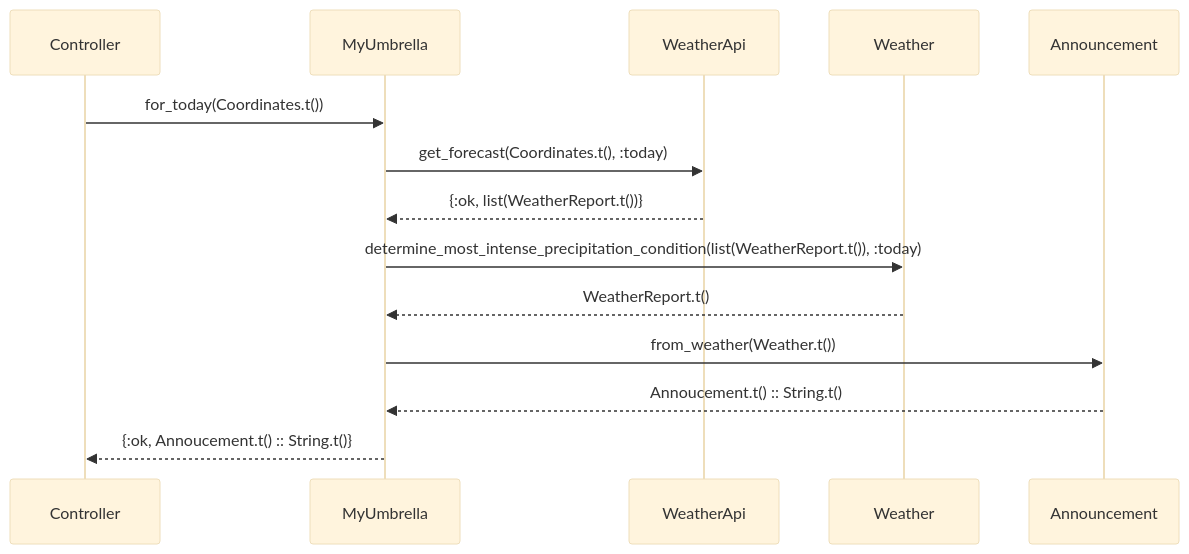
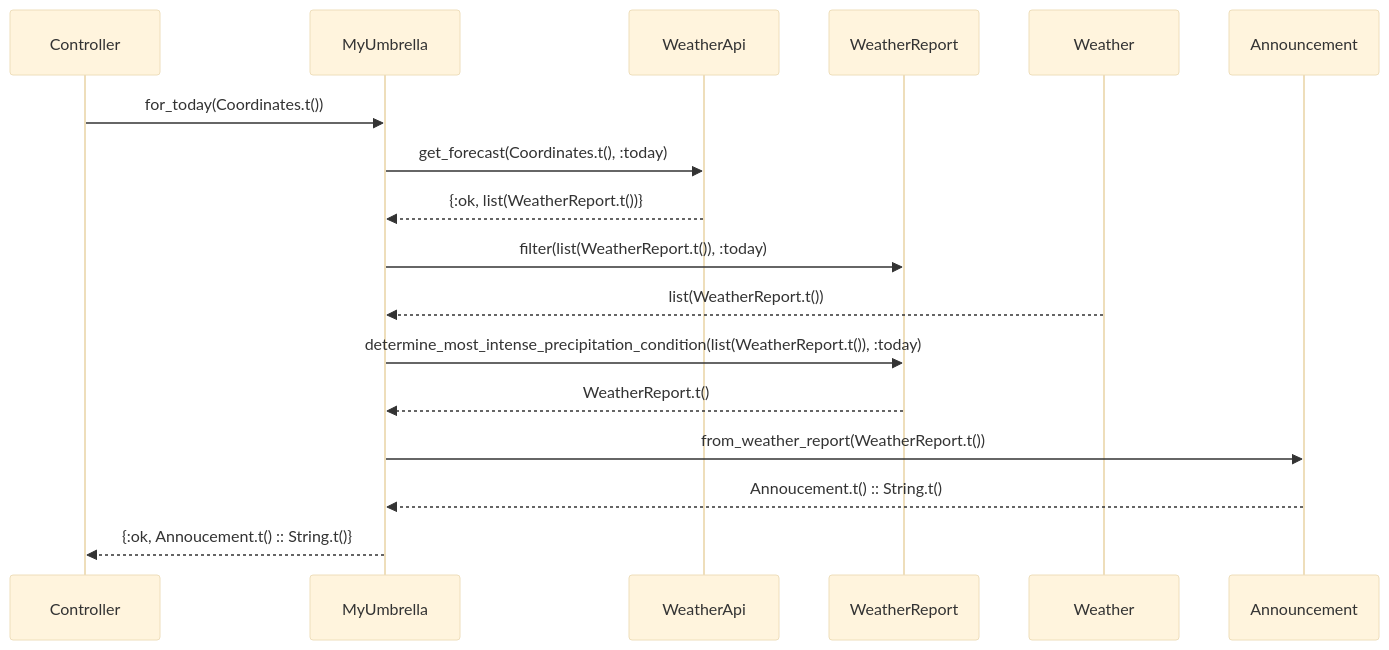
One commit to nicholasjhenry/my-umbrella changed the diagram in README.md. Above: the diagram before and after it, drawn with Mermaid (base theme).

Commit message:
Update sequence diagram

````diff
--- a/README.md
+++ b/README.md
@@ -23,11 +23,13 @@
 ```mermaid
 sequenceDiagram
     Controller->>MyUmbrella: for_today(Coordinates.t())
     MyUmbrella->>WeatherApi: get_forecast(Coordinates.t(), :today)
     WeatherApi-->>MyUmbrella: {:ok, list(WeatherReport.t())}
-    MyUmbrella->>Weather: determine_most_intense_precipitation_condition(list(WeatherReport.t()), :today)
-    Weather-->>MyUmbrella: WeatherReport.t()
-    MyUmbrella->>Announcement: from_weather(Weather.t())
+    MyUmbrella->>WeatherReport: filter(list(WeatherReport.t()), :today)
+    Weather-->>MyUmbrella: list(WeatherReport.t())
+    MyUmbrella->>WeatherReport: determine_most_intense_precipitation_condition(list(WeatherReport.t()), :today)
+    WeatherReport-->>MyUmbrella: WeatherReport.t()
+    MyUmbrella->>Announcement: from_weather_report(WeatherReport.t())
     Announcement-->>MyUmbrella: Annoucement.t() :: String.t()
     MyUmbrella-->>Controller: {:ok, Annoucement.t() :: String.t()}
 ```
````
